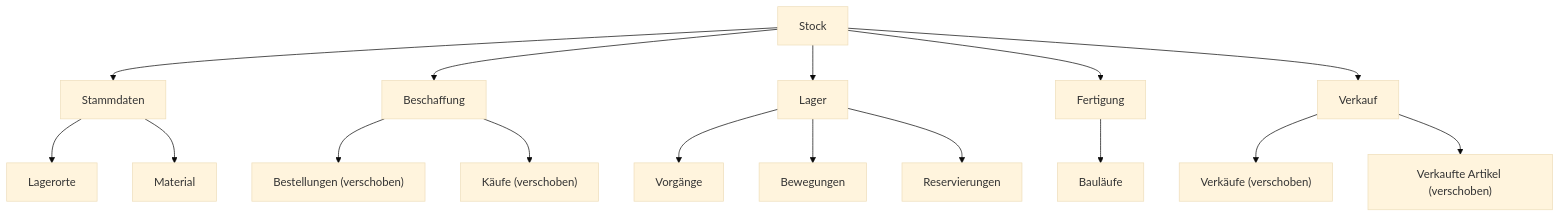
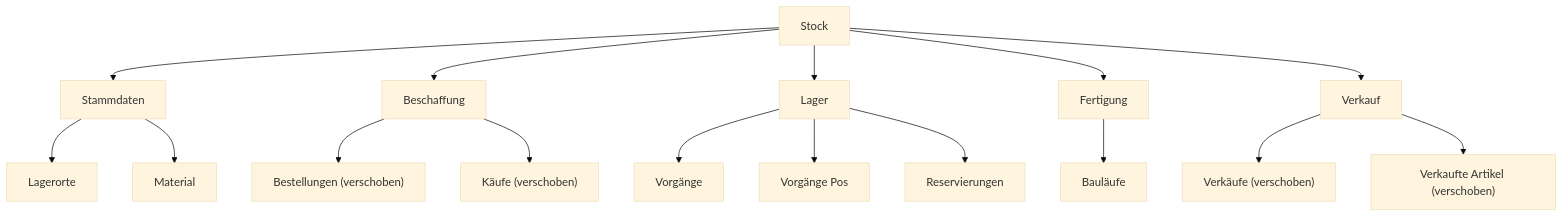
The third of 4 diagrams in docs/pakete/lager/konzept.md (sfambach/wp-taxonomy-modeler), drawn with Mermaid (base theme) before and after one commit. The commit also changed other lines of this file and 3 other files, not shown here.

````diff
--- a/docs/pakete/lager/konzept.md
+++ b/docs/pakete/lager/konzept.md
@@ -113,18 +113,18 @@
 ```mermaid
 flowchart TB
   ST["Stock"] --> SD["Stammdaten"]
   ST --> BE["Beschaffung"]
   ST --> LV["Lager"]
   ST --> FE["Fertigung"]
   ST --> VK["Verkauf"]
   SD --> LO["Lagerorte"]
   SD --> LA["Material"]
   BE --> BS["Bestellungen (verschoben)"]
   BE --> KA["Käufe (verschoben)"]
   LV --> VG["Vorgänge"]
-  LV --> BW["Bewegungen"]
+  LV --> BW["Vorgänge Pos"]
   LV --> RS["Reservierungen"]
   FE --> BL["Bauläufe"]
   VK --> VE["Verkäufe (verschoben)"]
   VK --> VA["Verkaufte Artikel (verschoben)"]
 ```
````
